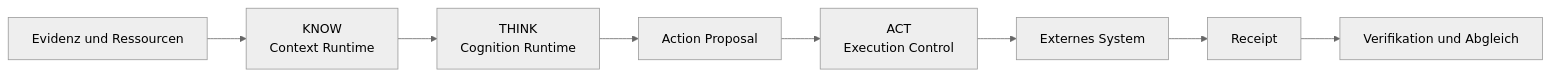
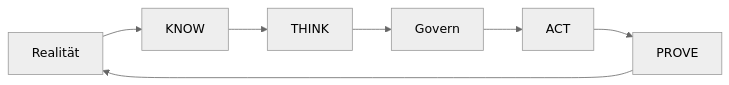
One commit to baum777/unitera_public_docs changed the diagram in docs/de/overview.md. Above: the diagram before and after it, drawn with Mermaid (neutral theme). The commit also changed other lines of this file and 66 other files, not shown here.

````diff
--- a/docs/de/overview.md
+++ b/docs/de/overview.md
@@ -11,10 +23,9 @@
 ```mermaid
 flowchart LR
-    E[Evidenz und Ressourcen] --> K["KNOW<br>Context Runtime"]
-    K --> T["THINK<br>Cognition Runtime"]
-    T --> P[Action Proposal]
-    P --> A["ACT<br>Execution Control"]
-    A --> X[Externes System]
-    X --> R[Receipt]
-    R --> V[Verifikation und Abgleich]
+    R["Realität"] --> K["KNOW"]
+    K --> T["THINK"]
+    T --> G["Govern"]
+    G --> A["ACT"]
+    A --> P["PROVE"]
+    P --> R
 ```
````
